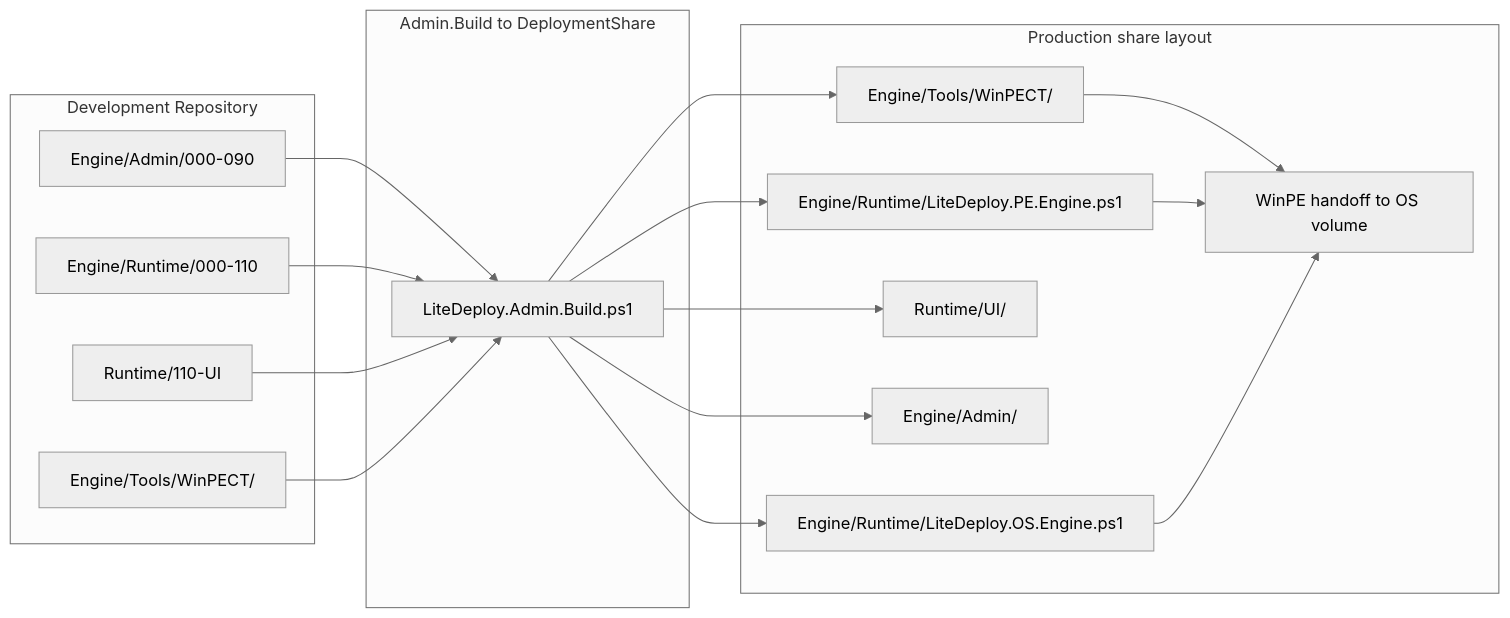
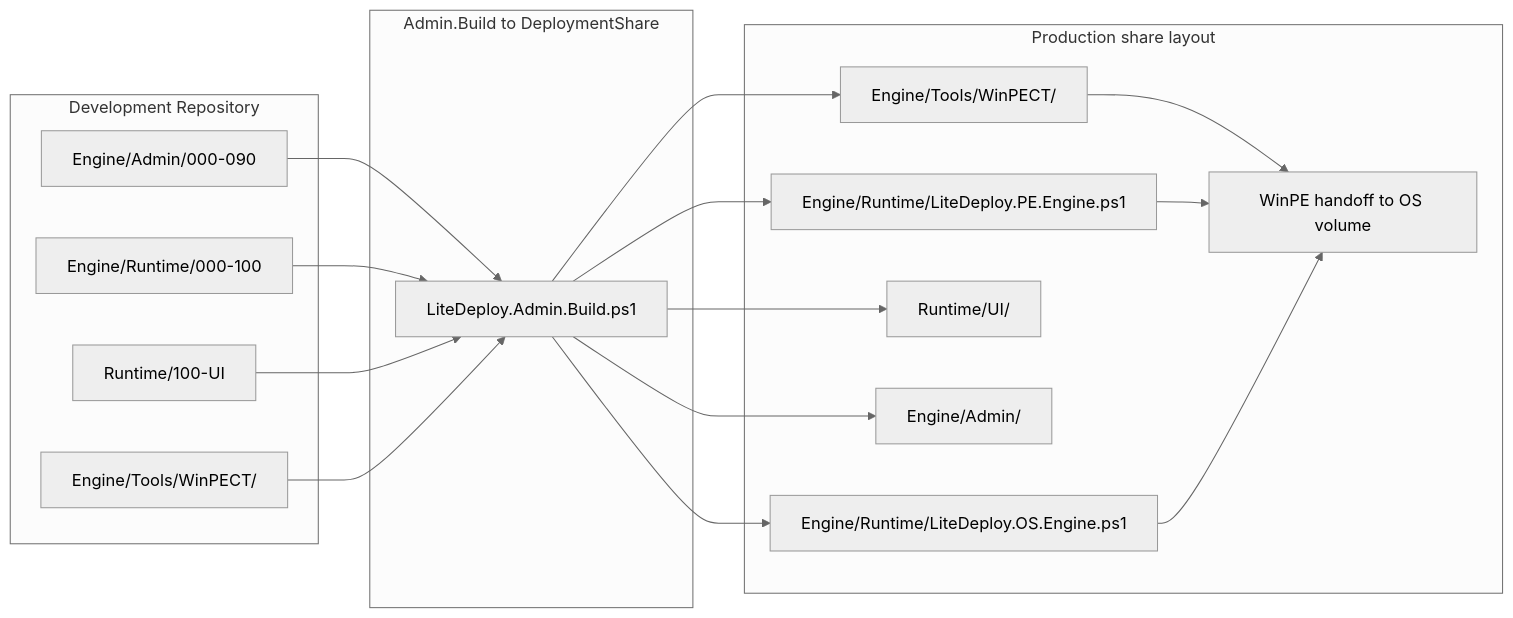
The sixth of 6 diagrams in _Docs/architecture/LITEDEPLOY_DEPLOYMENT_DIAGRAM.md (cmartineztech/LiteDeploy.Core), drawn with Mermaid (neutral theme) before and after one commit. The commit also changed other lines of this file and 10 other files, not shown here.

Commit message:
docs: align architecture diagrams, planning docs, and guides with v2 Session consolidation

````diff
--- a/_Docs/architecture/LITEDEPLOY_DEPLOYMENT_DIAGRAM.md
+++ b/_Docs/architecture/LITEDEPLOY_DEPLOYMENT_DIAGRAM.md
@@ -204,27 +205,27 @@
 ```mermaid
 flowchart LR
     subgraph DevelopmentRepo["Development Repository"]
         AdminSrc["Engine/Admin/000-090"]
-        RuntimeSrc["Engine/Runtime/000-110"]
-        UISrc["Runtime/110-UI"]
+        RuntimeSrc["Engine/Runtime/000-100"]
+        UISrc["Runtime/100-UI"]
         ToolsSrc["Engine/Tools/WinPECT/"]
     end
 
     subgraph AdminBuild["Admin.Build to DeploymentShare"]
         AdminSrc --> BuildProc["LiteDeploy.Admin.Build.ps1"]
         RuntimeSrc --> BuildProc
         UISrc --> BuildProc
         ToolsSrc --> BuildProc
     end
 
     subgraph PublishedShare["Production share layout"]
         BuildProc --> FlatRuntime["Engine/Runtime/LiteDeploy.PE.Engine.ps1"]
         BuildProc --> FlatFullOS["Engine/Runtime/LiteDeploy.OS.Engine.ps1"]
         BuildProc --> FlatUI["Runtime/UI/"]
         BuildProc --> FlatAdmin["Engine/Admin/"]
         BuildProc --> FlatTools["Engine/Tools/WinPECT/"]
         FlatTools --> StageOS["WinPE handoff to OS volume"]
         FlatRuntime --> StageOS
         FlatFullOS --> StageOS
     end
 ```
````
